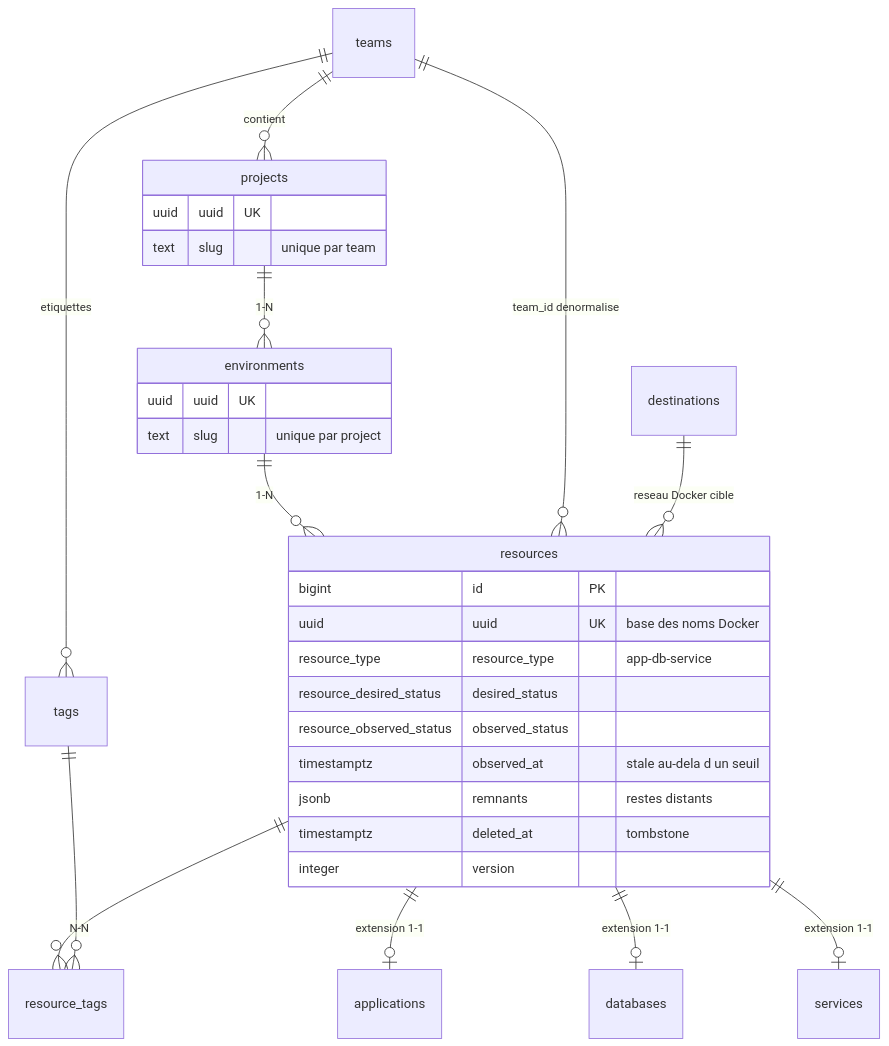
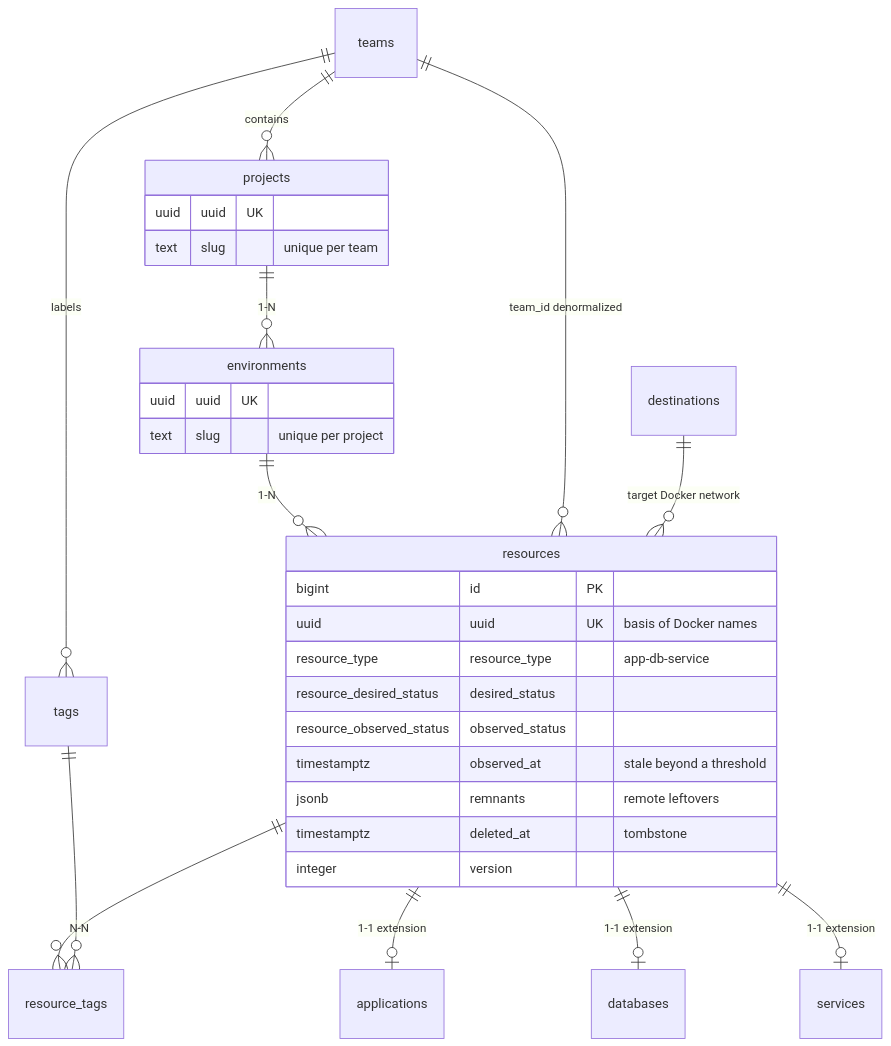
One commit to deepteams/akerdock changed the third of 9 diagrams in docs/specs/erd.md. Above: the diagram before and after it, drawn with Mermaid. The commit also changed other lines of this file and 34 other files, not shown here.

````diff
--- a/docs/specs/erd.md
+++ b/docs/specs/erd.md
@@ -80,34 +80,34 @@
 ```mermaid
 erDiagram
-    teams ||--o{ projects : "contient"
+    teams ||--o{ projects : "contains"
     projects ||--o{ environments : "1-N"
     environments ||--o{ resources : "1-N"
-    teams ||--o{ resources : "team_id denormalise"
-    destinations ||--o{ resources : "reseau Docker cible"
-    teams ||--o{ tags : "etiquettes"
+    teams ||--o{ resources : "team_id denormalized"
+    destinations ||--o{ resources : "target Docker network"
+    teams ||--o{ tags : "labels"
     resources ||--o{ resource_tags : ""
     tags ||--o{ resource_tags : "N-N"
-    resources ||--o| applications : "extension 1-1"
-    resources ||--o| databases : "extension 1-1"
-    resources ||--o| services : "extension 1-1"
+    resources ||--o| applications : "1-1 extension"
+    resources ||--o| databases : "1-1 extension"
+    resources ||--o| services : "1-1 extension"
 
     projects {
         uuid uuid UK
-        text slug "unique par team"
+        text slug "unique per team"
     }
     environments {
         uuid uuid UK
-        text slug "unique par project"
+        text slug "unique per project"
     }
     resources {
         bigint id PK
-        uuid uuid UK "base des noms Docker"
+        uuid uuid UK "basis of Docker names"
         resource_type resource_type "app-db-service"
         resource_desired_status desired_status
         resource_observed_status observed_status
-        timestamptz observed_at "stale au-dela d un seuil"
-        jsonb remnants "restes distants"
+        timestamptz observed_at "stale beyond a threshold"
+        jsonb remnants "remote leftovers"
         timestamptz deleted_at "tombstone"
         integer version
     }
 ```
````
